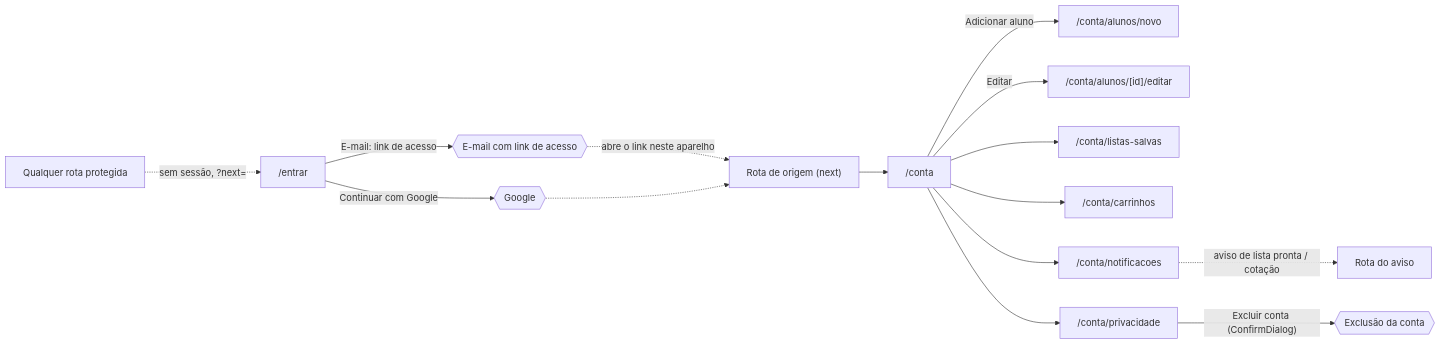
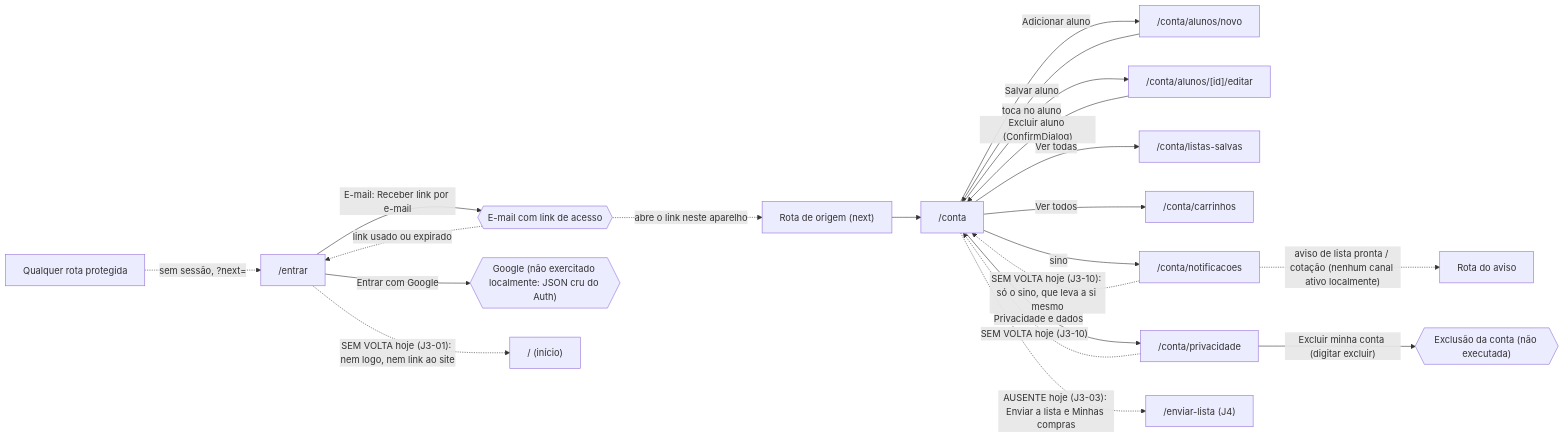
Before and after one commit to mzinhoww-svg/listaescolar: the third of 9 diagrams in docs/revisao-total/fluxos.md, drawn with Mermaid. The commit also changed other lines of this file and 35 other files, not shown here.

````diff
--- a/docs/revisao-total/fluxos.md
+++ b/docs/revisao-total/fluxos.md
@@ -56,17 +58,23 @@
 ```mermaid
 flowchart LR
   qualquer["Qualquer rota protegida"] -.->|"sem sessão, ?next="| entrar["/entrar"]
-  entrar -->|"E-mail: link de acesso"| email{{"E-mail com link de acesso"}}
-  entrar -->|"Continuar com Google"| google{{"Google"}}
+  entrar -->|"E-mail: Receber link por e-mail"| email{{"E-mail com link de acesso"}}
+  entrar -->|"Entrar com Google"| google{{"Google (não exercitado localmente: JSON cru do Auth)"}}
   email -.->|"abre o link neste aparelho"| retorno["Rota de origem (next)"]
-  google -.-> retorno
+  email -.->|"link usado ou expirado"| entrar
+  entrar -. "SEM VOLTA hoje (J3-01): nem logo, nem link ao site" .-> home["/ (início)"]
   retorno --> conta["/conta"]
   conta -->|"Adicionar aluno"| novoaluno["/conta/alunos/novo"]
-  conta -->|"Editar"| editar["/conta/alunos/[id]/editar"]
-  conta --> salvas["/conta/listas-salvas"]
-  conta --> carrinhos["/conta/carrinhos"]
-  conta --> notif["/conta/notificacoes"]
-  conta --> priv["/conta/privacidade"]
-  priv -->|"Excluir conta (ConfirmDialog)"| exclusao{{"Exclusão da conta"}}
-  notif -.->|"aviso de lista pronta / cotação"| destino["Rota do aviso"]
+  novoaluno -->|"Salvar aluno"| conta
+  conta -->|"toca no aluno"| editar["/conta/alunos/[id]/editar"]
+  editar -->|"Excluir aluno (ConfirmDialog)"| conta
+  conta -->|"Ver todas"| salvas["/conta/listas-salvas"]
+  conta -->|"Ver todos"| carrinhos["/conta/carrinhos"]
+  conta -->|"sino"| notif["/conta/notificacoes"]
+  conta -->|"Privacidade e dados"| priv["/conta/privacidade"]
+  priv -->|"Excluir minha conta (digitar excluir)"| exclusao{{"Exclusão da conta (não executada)"}}
+  conta -. "AUSENTE hoje (J3-03): Enviar a lista e Minhas compras" .-> enviar["/enviar-lista (J4)"]
+  notif -. "SEM VOLTA hoje (J3-10): só o sino, que leva a si mesmo" .-> conta
+  priv -. "SEM VOLTA hoje (J3-10)" .-> conta
+  notif -.->|"aviso de lista pronta / cotação (nenhum canal ativo localmente)"| destino["Rota do aviso"]
 ```
````
